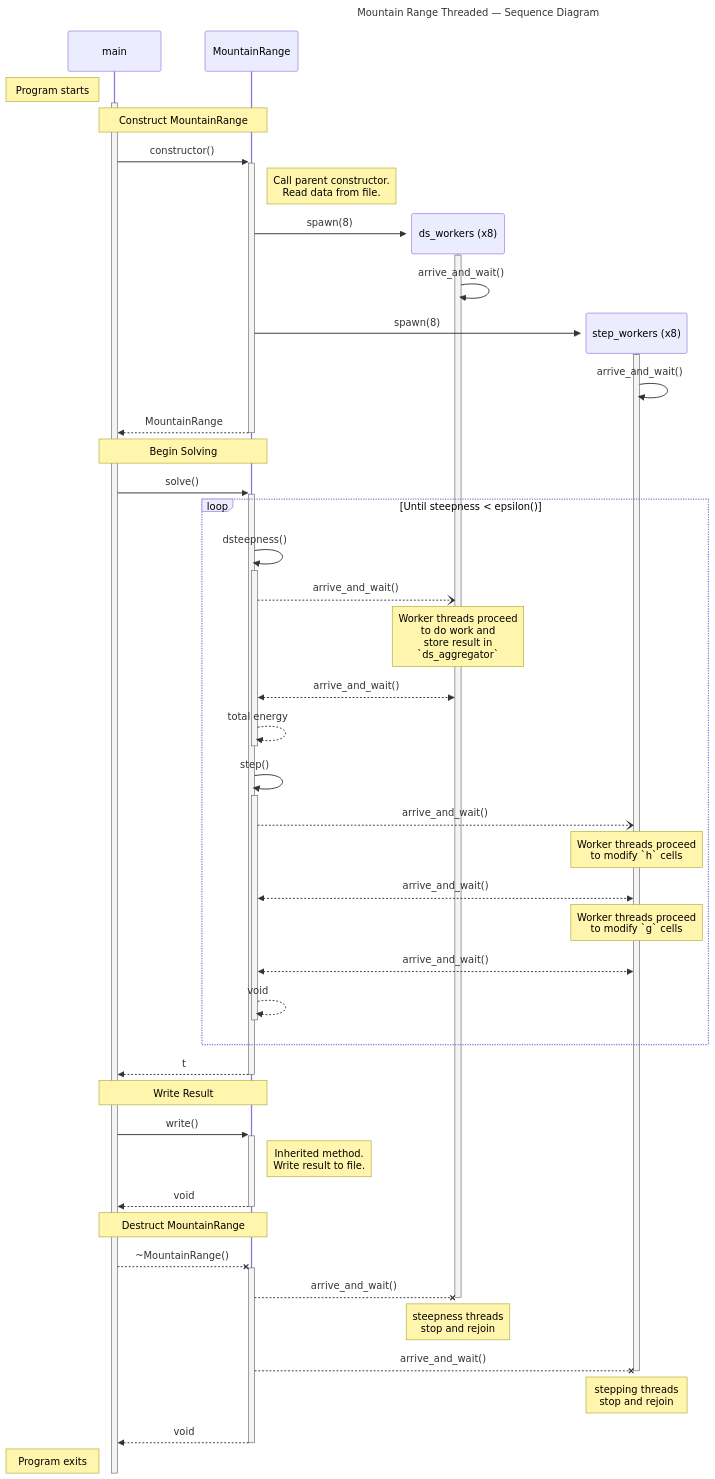
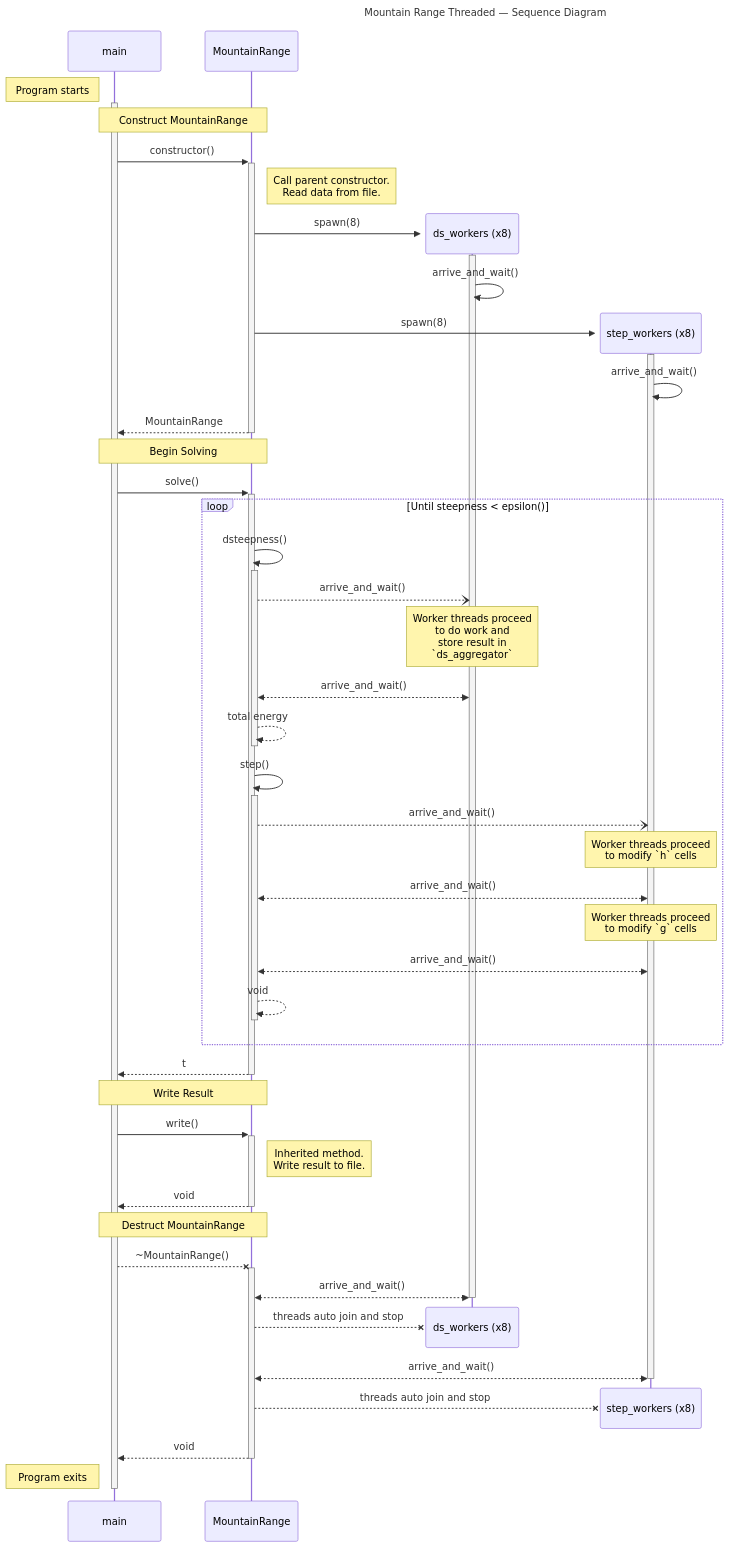
One commit to BYUHPC/sci-comp-course-example-cxx changed the diagram in docs/MountainRangeThreaded-sequence-diagram.md. Above: the diagram before and after it, drawn with Mermaid.

Commit message:
Properly kill threads actors

````diff
--- a/docs/MountainRangeThreaded-sequence-diagram.md
+++ b/docs/MountainRangeThreaded-sequence-diagram.md
@@ -24,8 +24,6 @@
 ```mermaid
 ---
 title: Mountain Range Threaded — Sequence Diagram
-config:
-  mirrorActors: false
 ---
 
 sequenceDiagram
@@ -98,16 +96,16 @@
 main--x+MR: ~MountainRange()
 
     %% Destruct dw workers
-    MR--xdw: arrive_and_wait()
+    MR<<-->>dw: arrive_and_wait()
     deactivate dw
-    %%destroy dw
-    note over dw: steepness threads<br>stop and rejoin
+    destroy dw
+    MR--xdw: threads auto join and stop
 
     %% Destruct sw workers
-    MR--xsw: arrive_and_wait()
+    MR<<-->>sw: arrive_and_wait()
     deactivate sw
-    %%destroy sw
-    note over sw: stepping threads<br>stop and rejoin
+    destroy sw
+    MR--xsw: threads auto join and stop
 
 MR-->>-main: void
 destroy MR
@@ -115,5 +113,4 @@
 
 note left of main: Program exits
 deactivate main
-
 ```
````
